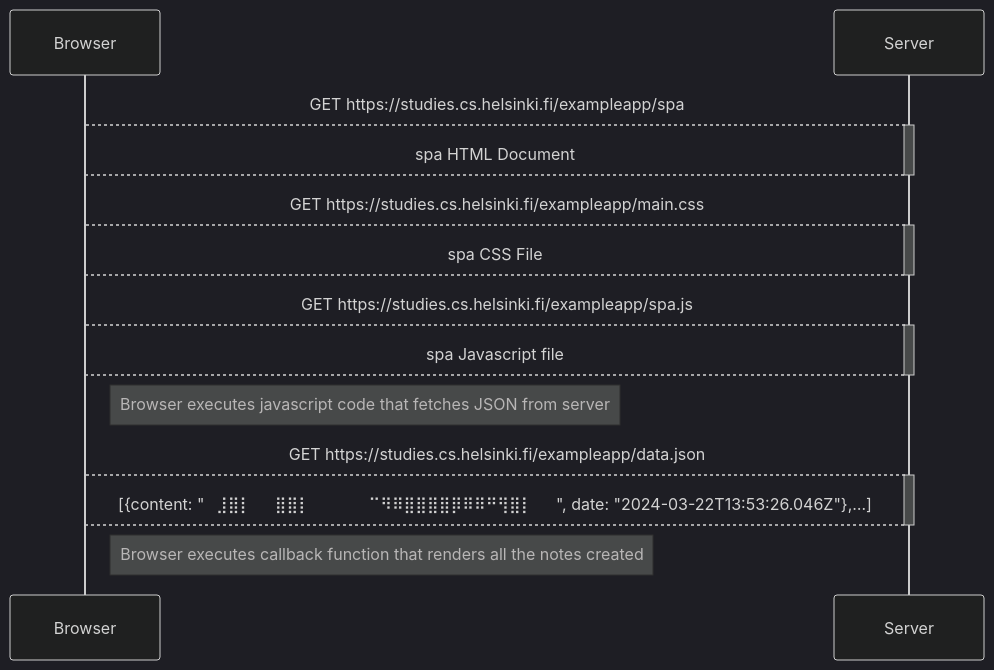
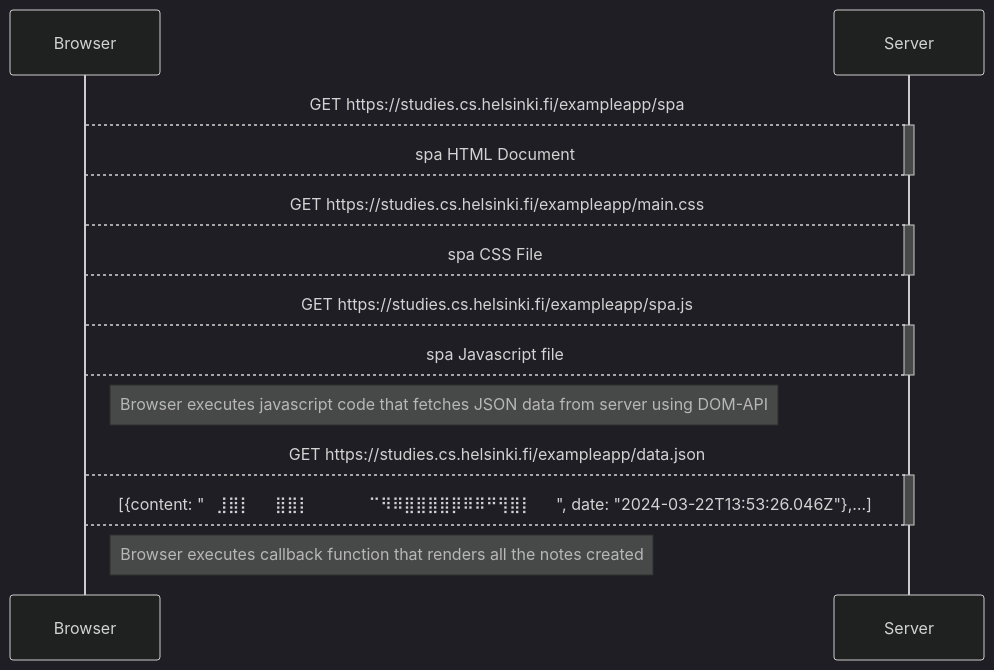
The diagram in part 0/0.5_single_page_app.md (Mauriciamo/Helsinki-Fullstack), drawn with Mermaid (dark theme) before and after one commit.

````diff
--- a/part 0/0.5_single_page_app.md
+++ b/part 0/0.5_single_page_app.md
@@ -1,29 +1,29 @@
 ```mermaid
   sequenceDiagram
   participant Browser
   participant Server
 
   Browser --> Server: GET https://studies.cs.helsinki.fi/exampleapp/spa
   activate Server
   Server --> Browser: spa HTML Document
   deactivate Server
 
   Browser --> Server: GET https://studies.cs.helsinki.fi/exampleapp/main.css
   activate Server
   Server --> Browser: spa CSS File
   deactivate Server
 
   Browser --> Server: GET https://studies.cs.helsinki.fi/exampleapp/spa.js
   activate Server
   Server --> Browser: spa Javascript file
   deactivate Server
 
-  Note right of Browser: Browser executes javascript code that fetches JSON from server
+  Note right of Browser: Browser executes javascript code that fetches JSON data from server using DOM-API
 
   Browser --> Server: GET https://studies.cs.helsinki.fi/exampleapp/data.json
   activate Server
   Server --> Browser: [{content: "⠀⣸⣿⡇⠀⠀⣿⣿⡇⠀⠀⠀⠀⠀⠉⠻⠿⣿⣿⣿⣿⡿⠿⠿⠛⢻⣿⡇⠀⠀", date: "2024-03-22T13:53:26.046Z"},…]
   deactivate Server
 
   Note right of Browser: Browser executes callback function that renders all the notes created
 ```
````
